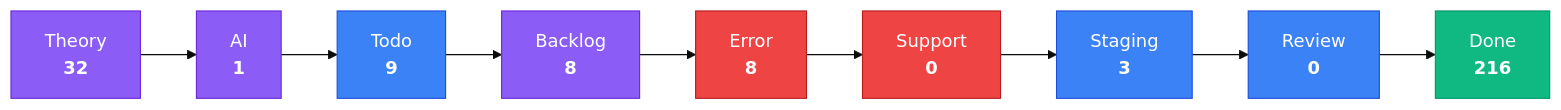
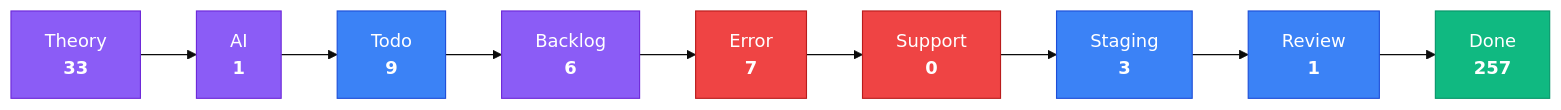
The third of 4 diagrams in apps/kbve/astro-kbve/src/content/docs/dashboard/kanban-data.mdx (KBVE/kbve), drawn with Mermaid (base theme) before and after one commit. The commit also changed other lines of this file and 8 other files, not shown here.

````diff
--- a/apps/kbve/astro-kbve/src/content/docs/dashboard/kanban-data.mdx
+++ b/apps/kbve/astro-kbve/src/content/docs/dashboard/kanban-data.mdx
@@ -79,28 +80,28 @@
 ```mermaid
 flowchart LR
     classDef planning fill:#8b5cf6,stroke:#6d28d9,color:#fff
     classDef active fill:#3b82f6,stroke:#1d4ed8,color:#fff
     classDef blocked fill:#ef4444,stroke:#b91c1c,color:#fff
     classDef done fill:#10b981,stroke:#059669,color:#fff
-    Theory["Theory<br/><strong>32</strong>"]
+    Theory["Theory<br/><strong>33</strong>"]
     Theory --> AI
     AI["AI<br/><strong>1</strong>"]
     AI --> Todo
     Todo["Todo<br/><strong>9</strong>"]
     Todo --> Backlog
-    Backlog["Backlog<br/><strong>8</strong>"]
+    Backlog["Backlog<br/><strong>6</strong>"]
     Backlog --> Error
-    Error["Error<br/><strong>8</strong>"]
+    Error["Error<br/><strong>7</strong>"]
     Error --> Support
     Support["Support<br/><strong>0</strong>"]
     Support --> Staging
     Staging["Staging<br/><strong>3</strong>"]
     Staging --> Review
-    Review["Review<br/><strong>0</strong>"]
+    Review["Review<br/><strong>1</strong>"]
     Review --> Done
-    Done["Done<br/><strong>216</strong>"]
+    Done["Done<br/><strong>257</strong>"]
     class Theory,AI,Backlog planning
     class Todo,Staging,Review active
     class Error,Support blocked
     class Done done
 ```
````
